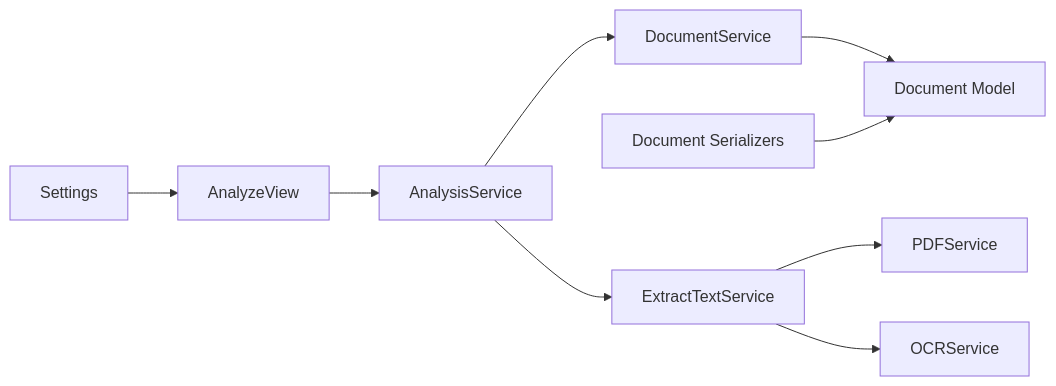
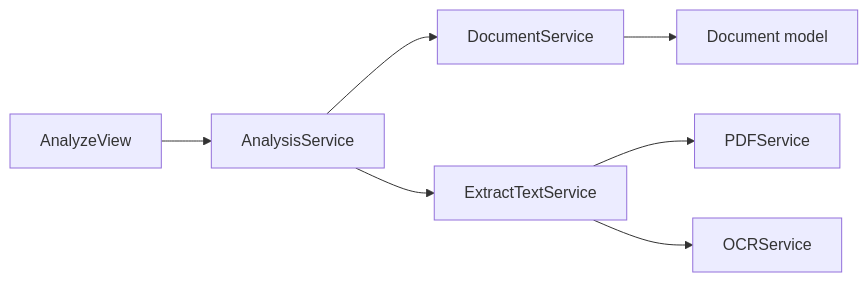
Before and after one commit to HamzaHindo/veritasshield: the fourth of 4 diagrams in backend/.qoder/repowiki/en/content/Text Extraction Engine/Multi-Format Text Extraction.md, drawn with Mermaid. The commit also changed other lines of this file and 49 other files, not shown here.

````diff
--- a/backend/.qoder/repowiki/en/content/Text Extraction Engine/Multi-Format Text Extraction.md
+++ b/backend/.qoder/repowiki/en/content/Text Extraction Engine/Multi-Format Text Extraction.md
@@ -339,11 +271,9 @@
 ```mermaid
 graph LR
 AV["AnalyzeView"] --> AS["AnalysisService"]
 AS --> DS["DocumentService"]
 AS --> ETS["ExtractTextService"]
-ETS --> PDF["PDFService"]
-ETS --> OCR["OCRService"]
-DS --> DM["Document Model"]
-DSR["Document Serializers"] --> DM
-ST["Settings"] --> AV
+ETS --> PDFS["PDFService"]
+ETS --> OCRS["OCRService"]
+DS --> DM["Document model"]
 ```
````
